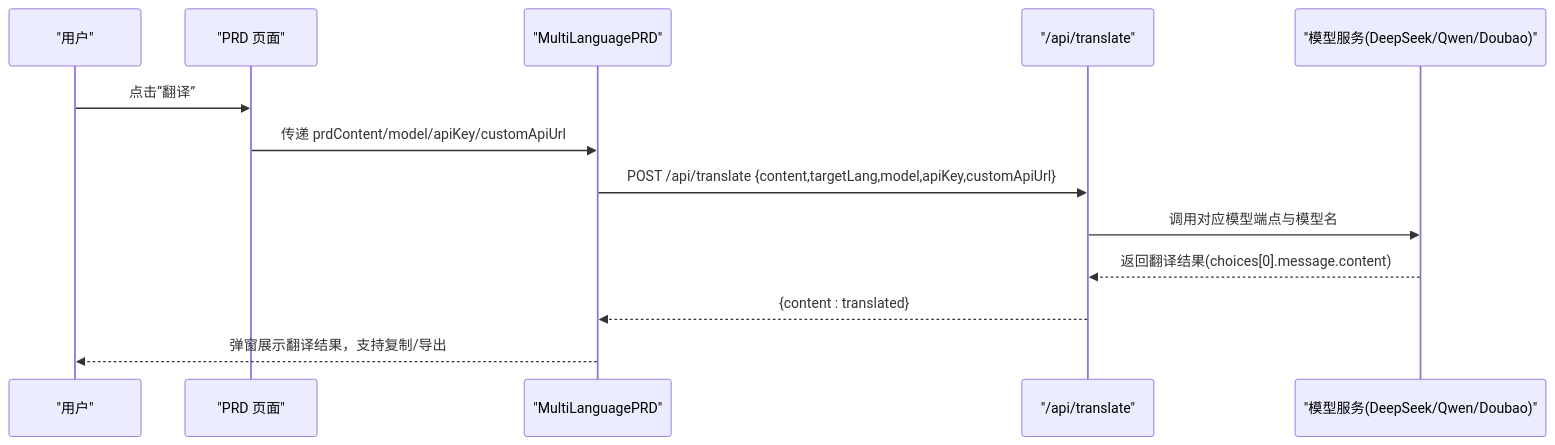
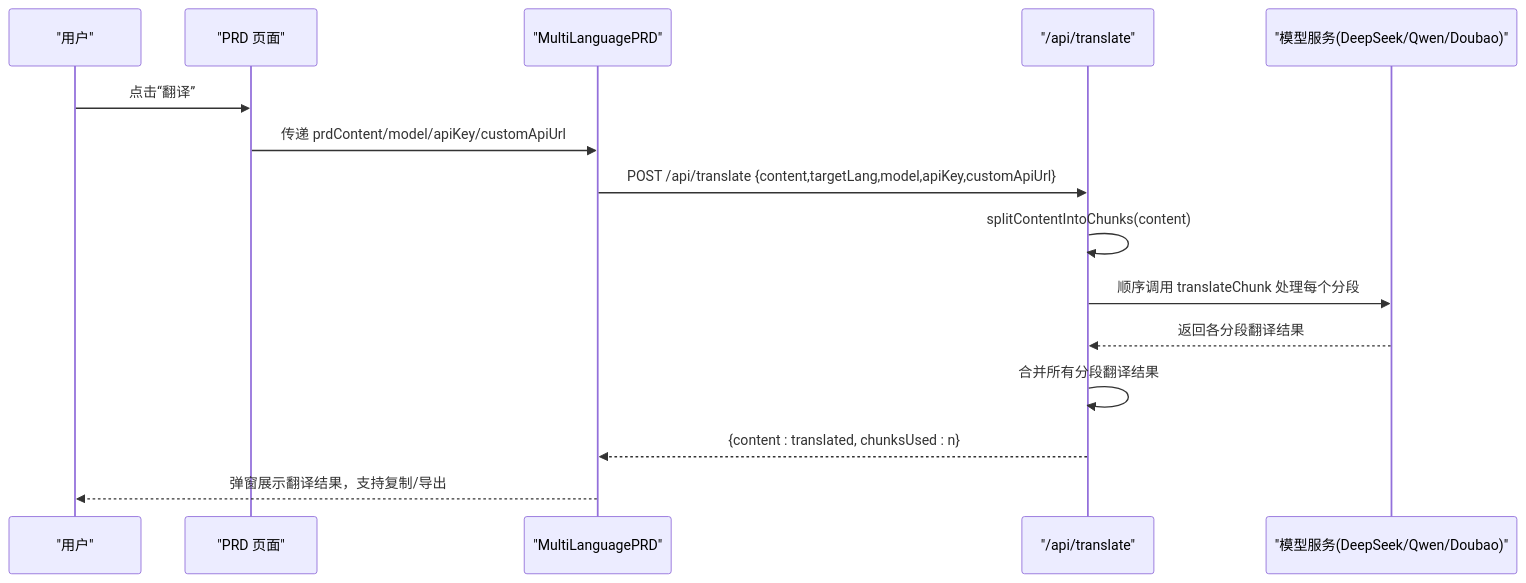
One commit to leonaiuv/PRDbot changed the second of 6 diagrams in .qoder/repowiki/zh/content/核心功能模块/多语言翻译功能.md. Above: the diagram before and after it, drawn with Mermaid. The commit also changed other lines of this file and 10 other files, not shown here.

First line of the commit message:
feat(documentation): 添加Mermaid渲染器与AI功能文档

````diff
--- a/.qoder/repowiki/zh/content/核心功能模块/多语言翻译功能.md
+++ b/.qoder/repowiki/zh/content/核心功能模块/多语言翻译功能.md
@@ -89,15 +96,17 @@
 ```mermaid
 sequenceDiagram
 participant U as "用户"
 participant PRD as "PRD 页面"
 participant ML as "MultiLanguagePRD"
 participant API as "/api/translate"
 participant LLM as "模型服务(DeepSeek/Qwen/Doubao)"
 U->>PRD : 点击“翻译”
 PRD->>ML : 传递 prdContent/model/apiKey/customApiUrl
 ML->>API : POST /api/translate {content,targetLang,model,apiKey,customApiUrl}
-API->>LLM : 调用对应模型端点与模型名
-LLM-->>API : 返回翻译结果(choices[0].message.content)
-API-->>ML : {content : translated}
+API->>API : splitContentIntoChunks(content)
+API->>LLM : 顺序调用 translateChunk 处理每个分段
+LLM-->>API : 返回各分段翻译结果
+API->>API : 合并所有分段翻译结果
+API-->>ML : {content : translated, chunksUsed : n}
 ML-->>U : 弹窗展示翻译结果，支持复制/导出
 ```
````
